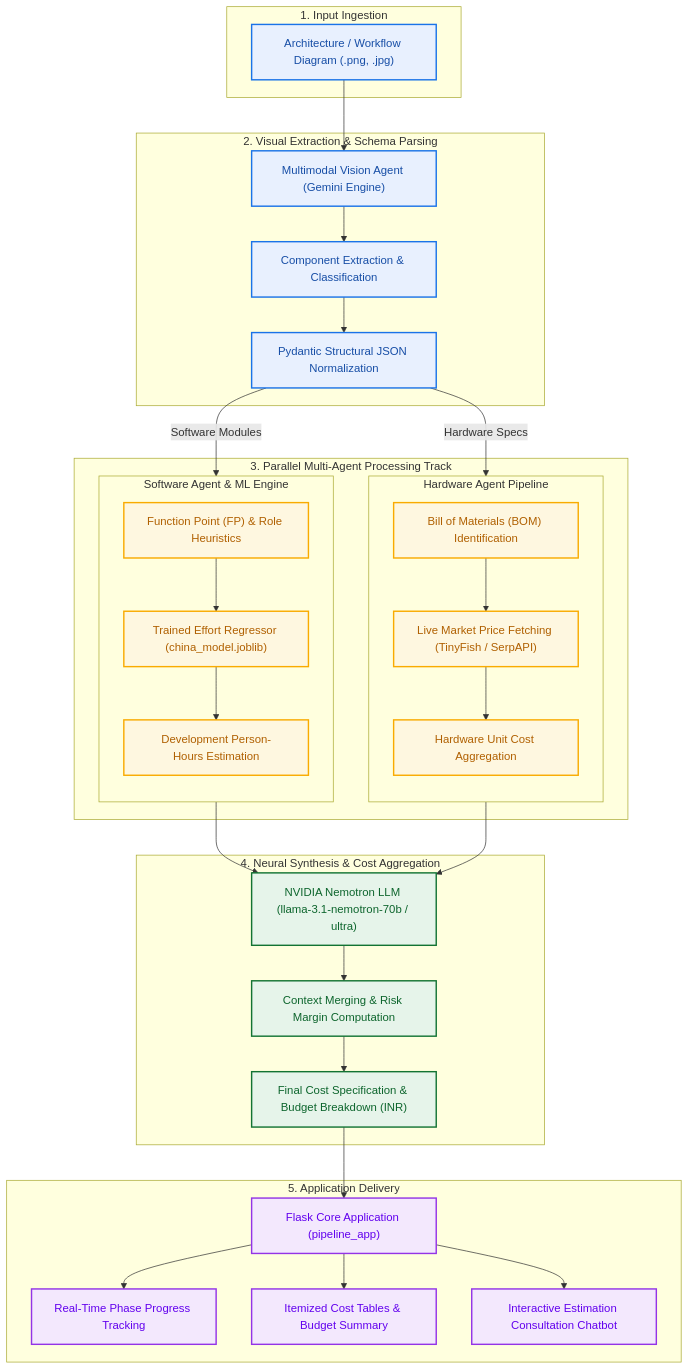
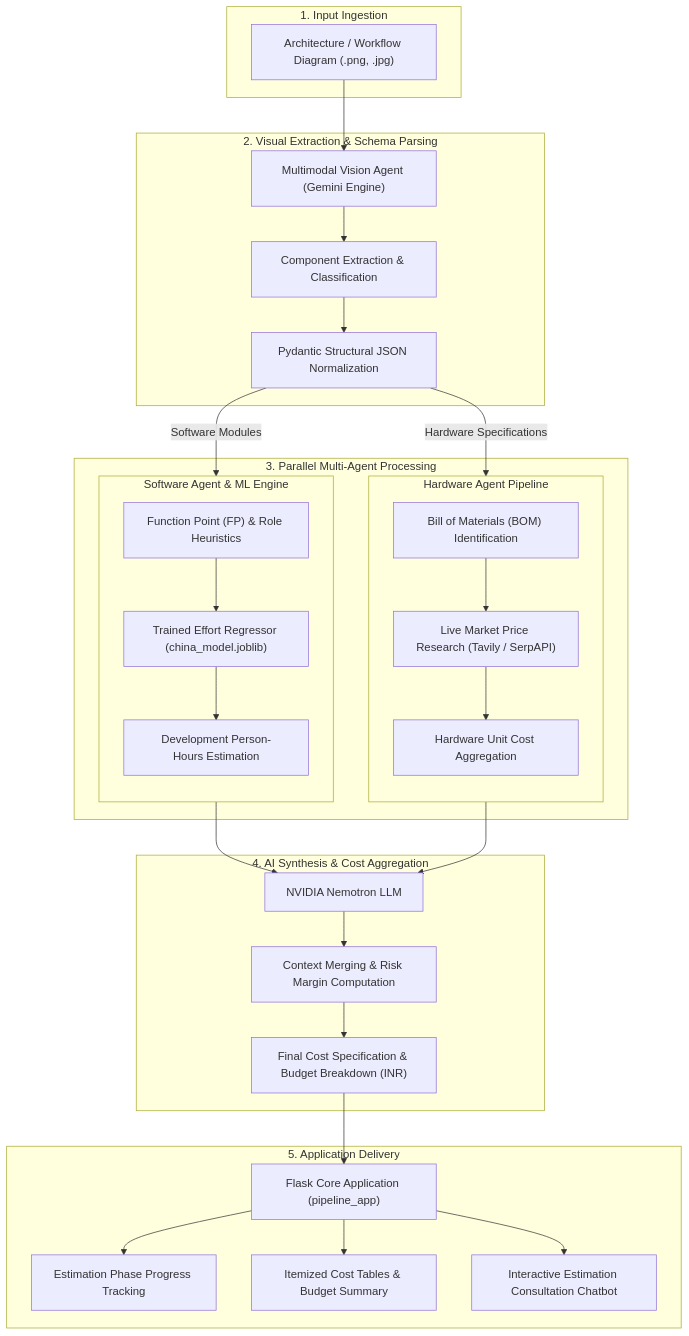
Before and after one commit to Varshithkumar06/KLE-Tech-Fest: the first of 2 diagrams in README.md, drawn with Mermaid. The commit also changed other lines of this file, not shown here.

````diff
--- a/README.md
+++ b/README.md
@@ -9,66 +9,55 @@
 ```mermaid
 flowchart TD
     subgraph InputLayer["1. Input Ingestion"]
         IMG["Architecture / Workflow Diagram (.png, .jpg)"]
     end
 
     subgraph VisionEngine["2. Visual Extraction & Schema Parsing"]
         GEMINI["Multimodal Vision Agent (Gemini Engine)"]
         PARSE["Component Extraction & Classification"]
         VAL["Pydantic Structural JSON Normalization"]
         GEMINI --> PARSE --> VAL
     end
 
-    subgraph ParallelAgents["3. Parallel Multi-Agent Processing Track"]
+    subgraph ParallelAgents["3. Parallel Multi-Agent Processing"]
         subgraph HWAgent["Hardware Agent Pipeline"]
             direction TB
             HW_BOM["Bill of Materials (BOM) Identification"]
-            HW_SEARCH["Live Market Price Fetching (TinyFish / SerpAPI)"]
+            HW_SEARCH["Live Market Price Research (Tavily / SerpAPI)"]
             HW_SUM["Hardware Unit Cost Aggregation"]
             HW_BOM --> HW_SEARCH --> HW_SUM
         end
 
         subgraph SWAgent["Software Agent & ML Engine"]
             direction TB
             SW_FP["Function Point (FP) & Role Heuristics"]
             SW_ML["Trained Effort Regressor (china_model.joblib)"]
             SW_EFFORT["Development Person-Hours Estimation"]
             SW_FP --> SW_ML --> SW_EFFORT
         end
     end
 
-    subgraph SynthesisEngine["4. Neural Synthesis & Cost Aggregation"]
-        NVIDIA["NVIDIA Nemotron LLM (llama-3.1-nemotron-70b / ultra)"]
+    subgraph SynthesisEngine["4. AI Synthesis & Cost Aggregation"]
+        NVIDIA["NVIDIA Nemotron LLM"]
         RULES["Context Merging & Risk Margin Computation"]
         FINAL_JSON["Final Cost Specification & Budget Breakdown (INR)"]
         NVIDIA --> RULES --> FINAL_JSON
     end
 
     subgraph PresentationLayer["5. Application Delivery"]
         APP["Flask Core Application (pipeline_app)"]
-        DASH["Real-Time Phase Progress Tracking"]
+        DASH["Estimation Phase Progress Tracking"]
         TABLES["Itemized Cost Tables & Budget Summary"]
         CHAT["Interactive Estimation Consultation Chatbot"]
         APP --> DASH
         APP --> TABLES
         APP --> CHAT
     end
 
     IMG --> GEMINI
-    VAL -->|"Hardware Specs"| HW_BOM
+    VAL -->|"Hardware Specifications"| HW_BOM
     VAL -->|"Software Modules"| SW_FP
     HW_SUM --> NVIDIA
     SW_EFFORT --> NVIDIA
     FINAL_JSON --> APP
-
-    classDef primary fill:#e8f0fe,stroke:#1a73e8,stroke-width:2px,color:#174ea6;
-    classDef agent fill:#fef7e0,stroke:#f9ab00,stroke-width:2px,color:#b06000;
-    classDef llm fill:#e6f4ea,stroke:#137333,stroke-width:2px,color:#0d652d;
-    classDef ui fill:#f3e8fd,stroke:#9334e6,stroke-width:2px,color:#6200ee;
-
-    class IMG primary;
-    class GEMINI,PARSE,VAL primary;
-    class HW_BOM,HW_SEARCH,HW_SUM,SW_FP,SW_ML,SW_EFFORT agent;
-    class NVIDIA,RULES,FINAL_JSON llm;
-    class APP,DASH,TABLES,CHAT ui;
 ```
````
